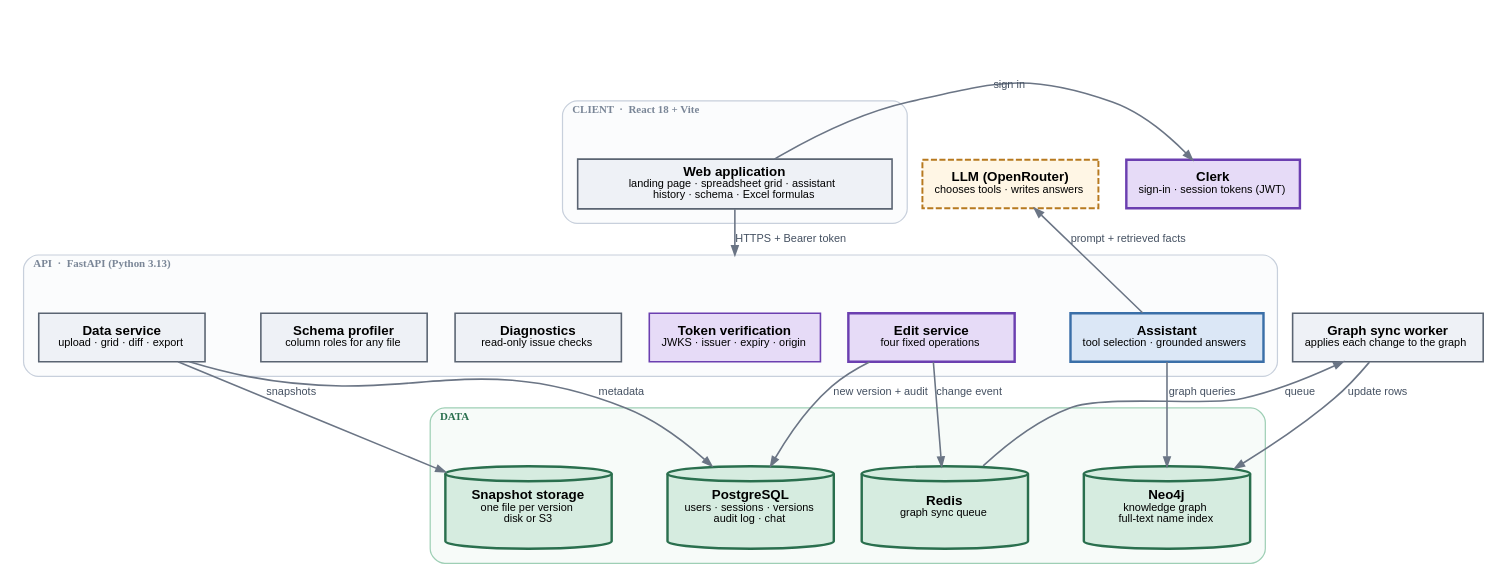
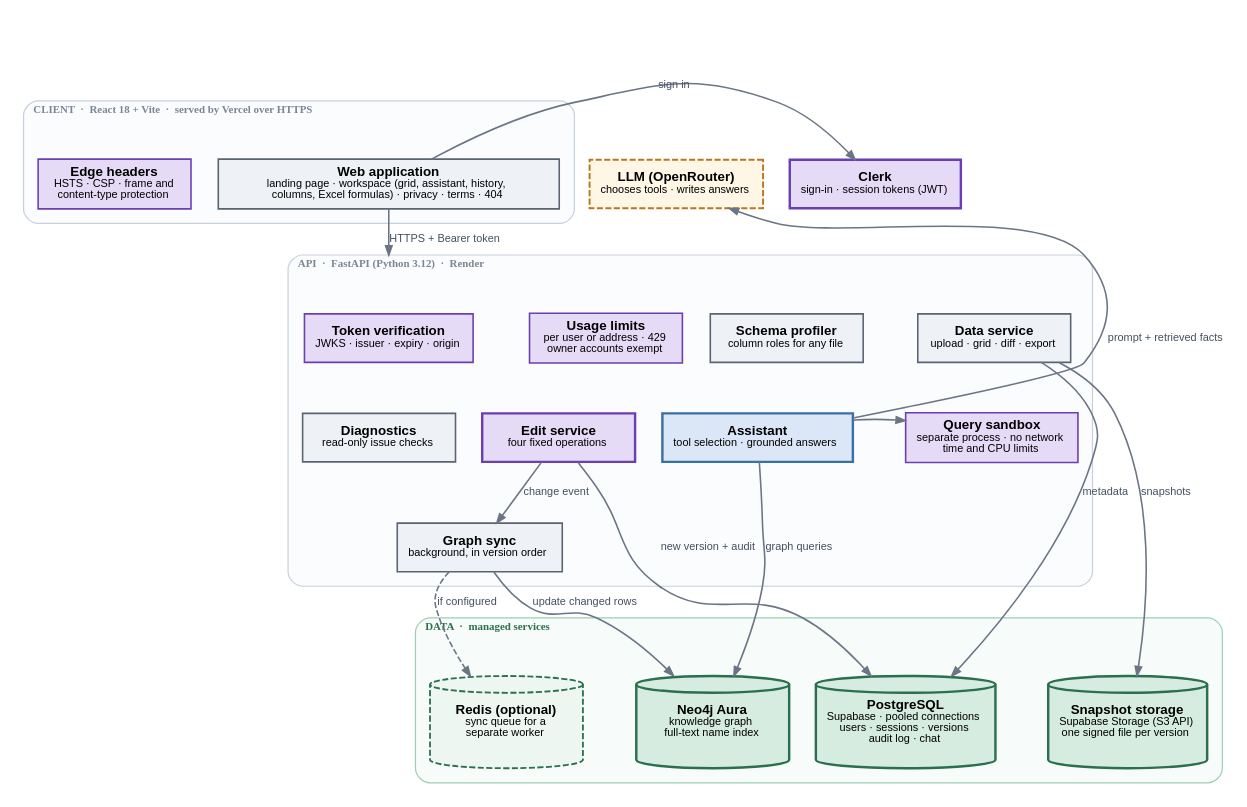
The diagram in docs/diagrams/system_architecture.dot (Raj-nikam26/ad-intel-agent), drawn with Graphviz before and after one commit. The commit also changed 19 other files, not shown here.

```diff
--- a/docs/diagrams/system_architecture.dot
+++ b/docs/diagrams/system_architecture.dot
@@ -1,57 +1,64 @@
 digraph system {
   rankdir=TB; compound=true; bgcolor="white";
-  nodesep=0.32; ranksep=0.55;
+  nodesep=0.3; ranksep=0.55;
   node [shape=box, style="filled", fillcolor="#eef1f6", color="#5a6472", penwidth=1.3,
-        fontname="Arial", fontsize=11, height=0.55, width=1.9, margin="0.14,0.08"];
+        fontname="Arial", fontsize=11, height=0.55, width=1.75, margin="0.12,0.08"];
   edge [color="#6b7585", penwidth=1.3, arrowsize=0.75, fontname="Arial", fontsize=9, fontcolor="#445061"];
 
   subgraph cluster_client {
-    label=<<FONT POINT-SIZE="9" COLOR="#7a8697"><B>CLIENT  ·  React 18 + Vite</B></FONT>>; labeljust=l;
+    label=<<FONT POINT-SIZE="9" COLOR="#7a8697"><B>CLIENT  ·  React 18 + Vite  ·  served by Vercel over HTTPS</B></FONT>>; labeljust=l;
     style="filled,rounded"; fillcolor="#fbfcfd"; color="#c8d0dc"; margin=12;
-    web [label=<<B>Web application</B><BR/><FONT POINT-SIZE="9">landing page · spreadsheet grid · assistant<BR/>history · schema · Excel formulas</FONT>>, width=3.6];
+    web [label=<<B>Web application</B><BR/><FONT POINT-SIZE="9">landing page · workspace (grid, assistant, history,<BR/>columns, Excel formulas) · privacy · terms · 404</FONT>>, width=3.9];
+    edge_h [label=<<B>Edge headers</B><BR/><FONT POINT-SIZE="9">HSTS · CSP · frame and<BR/>content-type protection</FONT>>, fillcolor="#e6dbf7", color="#6b3fb0"];
+    {rank=same; web; edge_h;}
   }
 
   clerk [label=<<B>Clerk</B><BR/><FONT POINT-SIZE="9">sign-in · session tokens (JWT)</FONT>>,
          fillcolor="#e6dbf7", color="#6b3fb0", penwidth=2];
 
   subgraph cluster_api {
-    label=<<FONT POINT-SIZE="9" COLOR="#7a8697"><B>API  ·  FastAPI (Python 3.13)</B></FONT>>; labeljust=l;
+    label=<<FONT POINT-SIZE="9" COLOR="#7a8697"><B>API  ·  FastAPI (Python 3.12)  ·  Render</B></FONT>>; labeljust=l;
     style="filled,rounded"; fillcolor="#fbfcfd"; color="#c8d0dc"; margin=12;
     authm [label=<<B>Token verification</B><BR/><FONT POINT-SIZE="9">JWKS · issuer · expiry · origin</FONT>>, fillcolor="#e6dbf7", color="#6b3fb0"];
+    rate  [label=<<B>Usage limits</B><BR/><FONT POINT-SIZE="9">per user or address · 429<BR/>owner accounts exempt</FONT>>, fillcolor="#e6dbf7", color="#6b3fb0"];
     data  [label=<<B>Data service</B><BR/><FONT POINT-SIZE="9">upload · grid · diff · export</FONT>>];
     schema[label=<<B>Schema profiler</B><BR/><FONT POINT-SIZE="9">column roles for any file</FONT>>];
     diag  [label=<<B>Diagnostics</B><BR/><FONT POINT-SIZE="9">read-only issue checks</FONT>>];
     agent [label=<<B>Assistant</B><BR/><FONT POINT-SIZE="9">tool selection · grounded answers</FONT>>, fillcolor="#dbe7f6", color="#3a6fa8", penwidth=2];
+    sandbox [label=<<B>Query sandbox</B><BR/><FONT POINT-SIZE="9">separate process · no network<BR/>time and CPU limits</FONT>>, fillcolor="#e6dbf7", color="#6b3fb0"];
     edit  [label=<<B>Edit service</B><BR/><FONT POINT-SIZE="9">four fixed operations</FONT>>, fillcolor="#e6dbf7", color="#6b3fb0", penwidth=2];
-    {rank=same; authm; data; schema;}
-    {rank=same; diag; agent; edit;}
-    authm -> data -> schema [style=invis];
-    diag -> agent -> edit [style=invis];
+    sync  [label=<<B>Graph sync</B><BR/><FONT POINT-SIZE="9">background, in version order</FONT>>];
+    {rank=same; authm; rate; data; schema;}
+    {rank=same; diag; agent; sandbox; edit;}
+    authm -> rate -> data -> schema [style=invis];
+    diag -> agent -> sandbox -> edit [style=invis];
+    authm -> diag [style=invis]; schema -> edit [style=invis];
+    diag -> sync [style=invis];
   }
 
-  worker [label=<<B>Graph sync worker</B><BR/><FONT POINT-SIZE="9">applies each change to the graph</FONT>>];
   llm [label=<<B>LLM (OpenRouter)</B><BR/><FONT POINT-SIZE="9">chooses tools · writes answers</FONT>>,
        style="filled,dashed", fillcolor="#fff6e5", color="#b7791f", penwidth=1.6];
 
   subgraph cluster_data {
-    label=<<FONT POINT-SIZE="9" COLOR="#2a6f4e"><B>DATA</B></FONT>>; labeljust=l;
+    label=<<FONT POINT-SIZE="9" COLOR="#2a6f4e"><B>DATA  ·  managed services</B></FONT>>; labeljust=l;
     style="filled,rounded"; fillcolor="#f7fbf9"; color="#9ecfb5"; margin=12;
-    pg  [label=<<B>PostgreSQL</B><BR/><FONT POINT-SIZE="9">users · sessions · versions<BR/>audit log · chat</FONT>>, shape=cylinder, fillcolor="#d6ece0", color="#2a6f4e", penwidth=2, height=0.95];
-    snap[label=<<B>Snapshot storage</B><BR/><FONT POINT-SIZE="9">one file per version<BR/>disk or S3</FONT>>, shape=cylinder, fillcolor="#d6ece0", color="#2a6f4e", penwidth=2, height=0.95];
-    neo [label=<<B>Neo4j</B><BR/><FONT POINT-SIZE="9">knowledge graph<BR/>full-text name index</FONT>>, shape=cylinder, fillcolor="#d6ece0", color="#2a6f4e", penwidth=2, height=0.95];
-    rd  [label=<<B>Redis</B><BR/><FONT POINT-SIZE="9">graph sync queue</FONT>>, shape=cylinder, fillcolor="#d6ece0", color="#2a6f4e", penwidth=2, height=0.95];
+    pg  [label=<<B>PostgreSQL</B><BR/><FONT POINT-SIZE="9">Supabase · pooled connections<BR/>users · sessions · versions<BR/>audit log · chat</FONT>>, shape=cylinder, fillcolor="#d6ece0", color="#2a6f4e", penwidth=2, height=1.05];
+    snap[label=<<B>Snapshot storage</B><BR/><FONT POINT-SIZE="9">Supabase Storage (S3 API)<BR/>one signed file per version</FONT>>, shape=cylinder, fillcolor="#d6ece0", color="#2a6f4e", penwidth=2, height=1.05];
+    neo [label=<<B>Neo4j Aura</B><BR/><FONT POINT-SIZE="9">knowledge graph<BR/>full-text name index</FONT>>, shape=cylinder, fillcolor="#d6ece0", color="#2a6f4e", penwidth=2, height=1.05];
+    rd  [label=<<B>Redis (optional)</B><BR/><FONT POINT-SIZE="9">sync queue for a<BR/>separate worker</FONT>>, shape=cylinder, style="filled,dashed", fillcolor="#eef6f1", color="#2a6f4e", penwidth=1.5, height=1.05];
     {rank=same; pg; snap; neo; rd;}
     pg -> snap -> neo -> rd [style=invis];
   }
 
   web -> clerk [label="sign in", constraint=false];
   web -> authm [lhead=cluster_api, label="HTTPS + Bearer token"];
   data -> pg [label="metadata"];
   data -> snap [label="snapshots"];
   agent -> neo [label="graph queries"];
+  agent -> sandbox [constraint=false];
   agent -> llm [label="prompt + retrieved facts", constraint=false];
   edit -> pg [label="new version + audit"];
-  edit -> rd [label="change event"];
-  rd -> worker [label="queue"];
-  worker -> neo [label="update rows"];
+  edit -> sync [label="change event"];
+  sync -> neo [label="update changed rows"];
+  sync -> rd [style=dashed, label="if configured"];
 }
```
